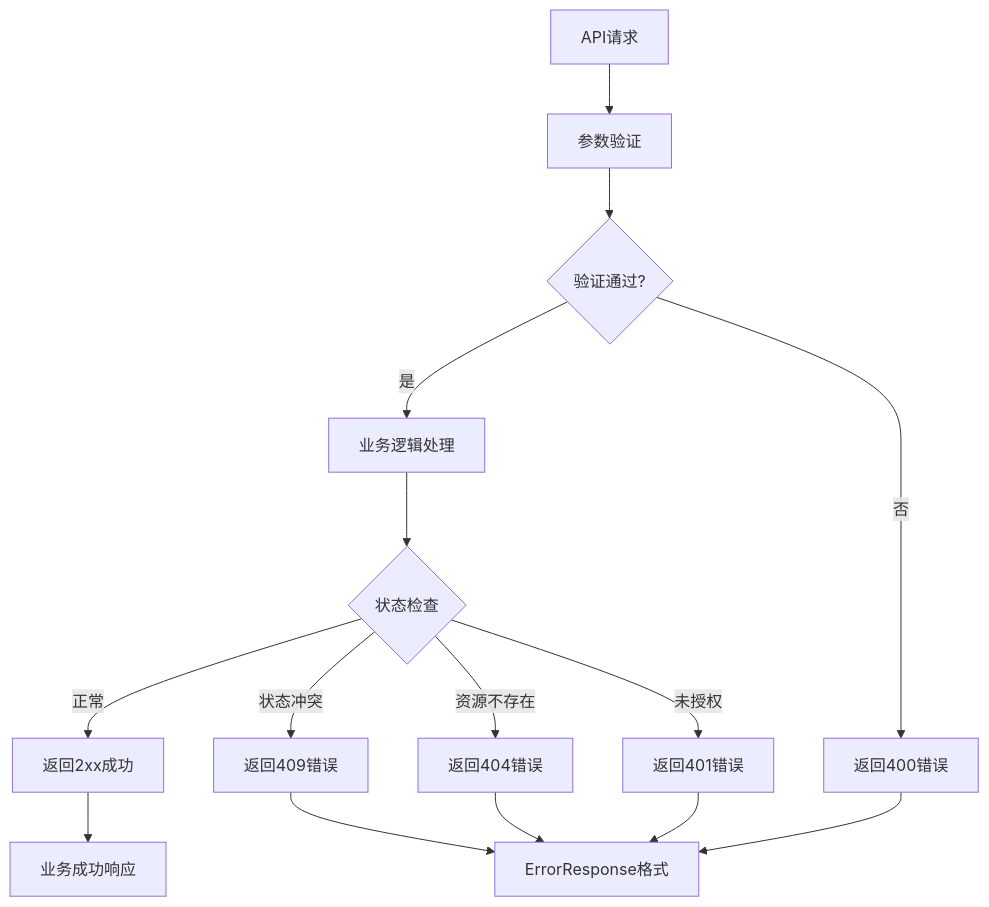
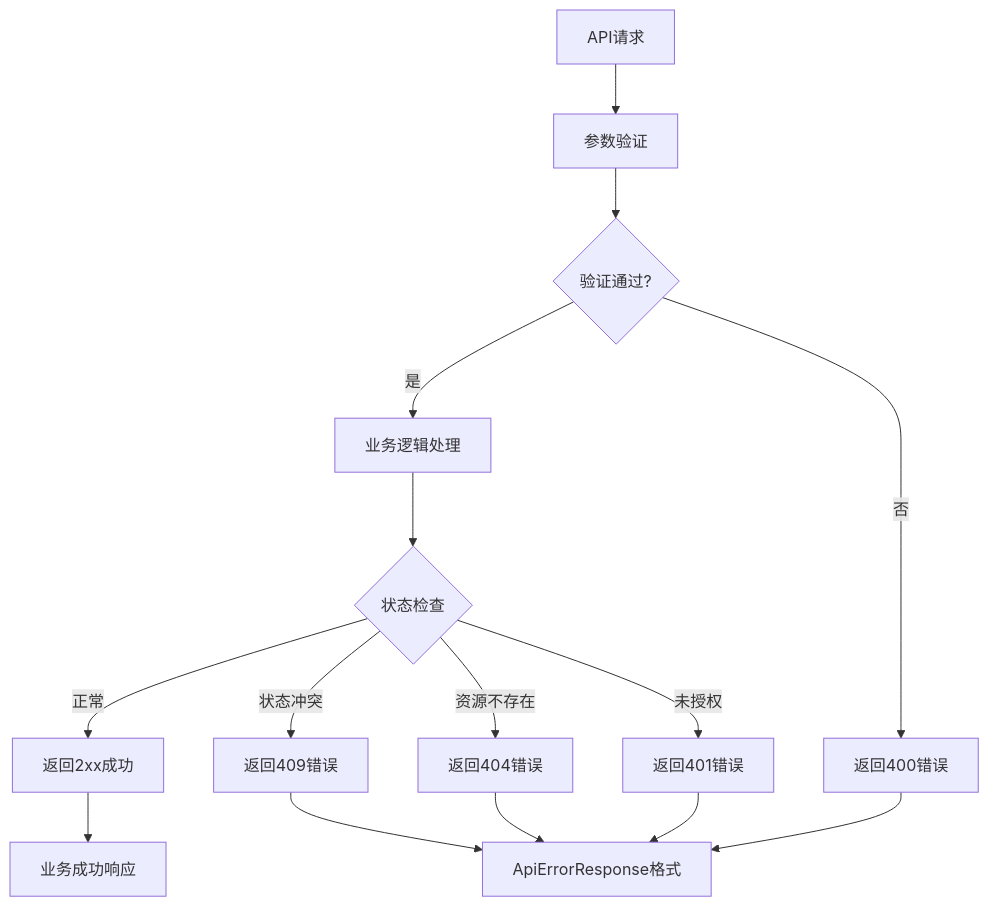
Before and after one commit to Jayden23018/blind-run-ios: the fifth of 5 diagrams in .qoder/repowiki/zh/content/API 接口文档/错误处理与响应.md, drawn with Mermaid. The commit also changed other lines of this file and 7 other files, not shown here.

````diff
--- a/.qoder/repowiki/zh/content/API 接口文档/错误处理与响应.md
+++ b/.qoder/repowiki/zh/content/API 接口文档/错误处理与响应.md
@@ -204,17 +256,17 @@
 ```mermaid
 flowchart TD
 Request[API请求] --> Validate[参数验证]
 Validate --> Valid{验证通过?}
 Valid --> |是| Business[业务逻辑处理]
 Valid --> |否| Error400[返回400错误]
 Business --> Status{状态检查}
 Status --> |正常| Success[返回2xx成功]
 Status --> |状态冲突| Conflict409[返回409错误]
 Status --> |资源不存在| NotFound404[返回404错误]
 Status --> |未授权| Unauthorized401[返回401错误]
-Error400 --> ErrorResponse[ErrorResponse格式]
-Conflict409 --> ErrorResponse
-NotFound404 --> ErrorResponse
-Unauthorized401 --> ErrorResponse
+Error400 --> ApiErrorResponse[ApiErrorResponse格式]
+Conflict409 --> ApiErrorResponse
+NotFound404 --> ApiErrorResponse
+Unauthorized401 --> ApiErrorResponse
 Success --> SuccessResponse[业务成功响应]
 ```
````
